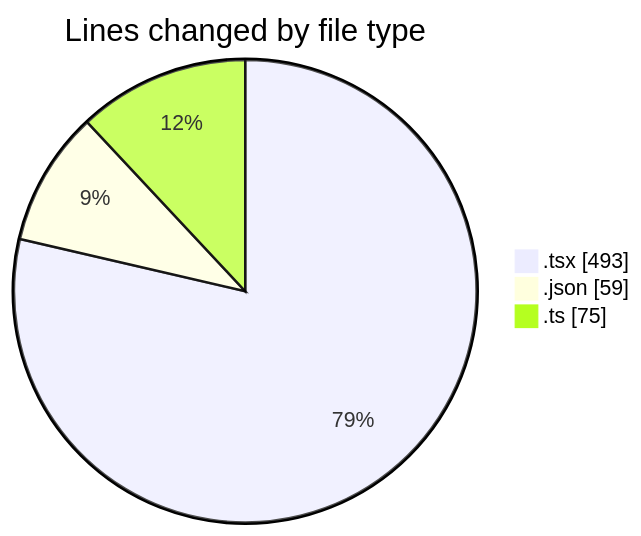
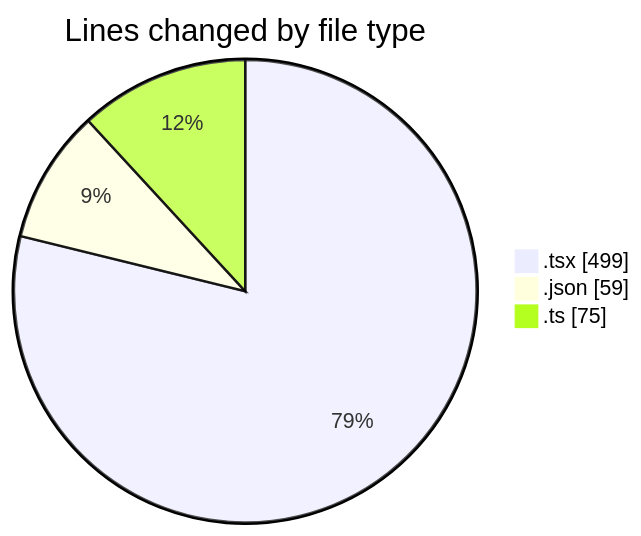
One commit to momahboobian/code-tracking changed the first of 2 diagrams in 2025-11-24/cda/README.md. Above: the diagram before and after it, drawn with Mermaid. The commit also changed other lines of this file and 1 other file, not shown here.

````diff
--- a/2025-11-24/cda/README.md
+++ b/2025-11-24/cda/README.md
@@ -24,7 +24,7 @@
 ```mermaid
 pie showData
 title Lines changed by file type
-".tsx" : 493
+".tsx" : 499
 ".json" : 59
 ".ts" : 75
 ```
````
